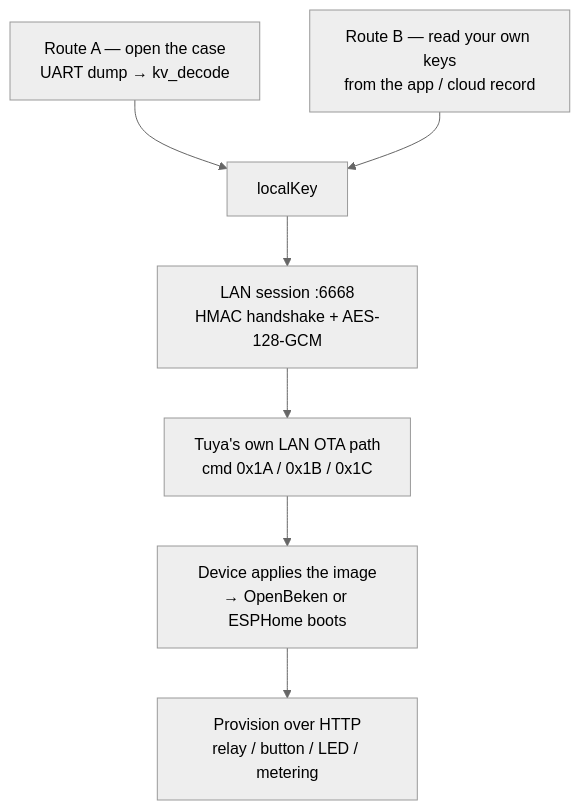
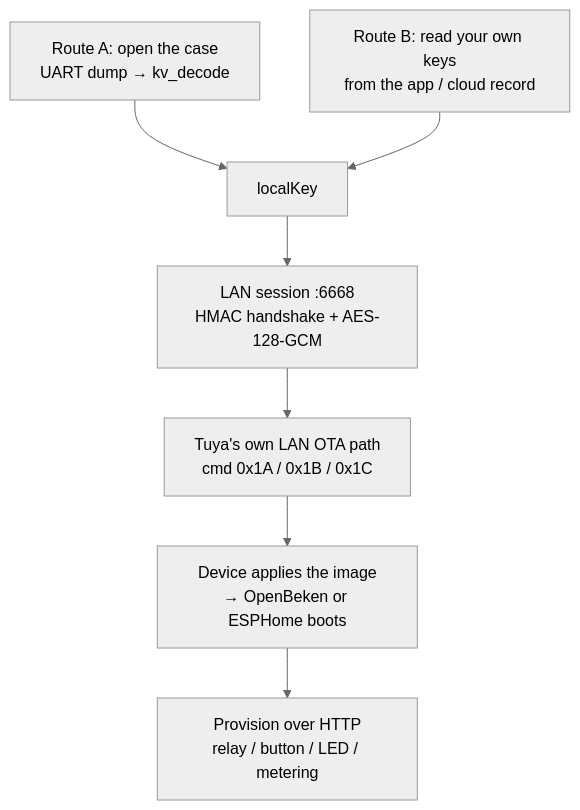
The diagram in SERIES-4.md (wulfftech/tuya-devices-research), drawn with Mermaid (neutral theme) before and after one commit. The commit also changed other lines of this file and 12 other files, not shown here.

````diff
--- a/SERIES-4.md
+++ b/SERIES-4.md
@@ -26,9 +26,9 @@
 ```mermaid
 flowchart TB
-    A["Route A — open the case<br/>UART dump → kv_decode"] --> LK["localKey"]
-    B["Route B — read your own keys<br/>from the app / cloud record"] --> LK
+    A["Route A: open the case<br/>UART dump → kv_decode"] --> LK["localKey"]
+    B["Route B: read your own keys<br/>from the app / cloud record"] --> LK
     LK --> SESS["LAN session :6668<br/>HMAC handshake + AES-128-GCM"]
     SESS --> OTA["Tuya's own LAN OTA path<br/>cmd 0x1A / 0x1B / 0x1C"]
     OTA --> OBK["Device applies the image<br/>→ OpenBeken or ESPHome boots"]
     OBK --> PROV["Provision over HTTP<br/>relay / button / LED / metering"]
 ```
````
